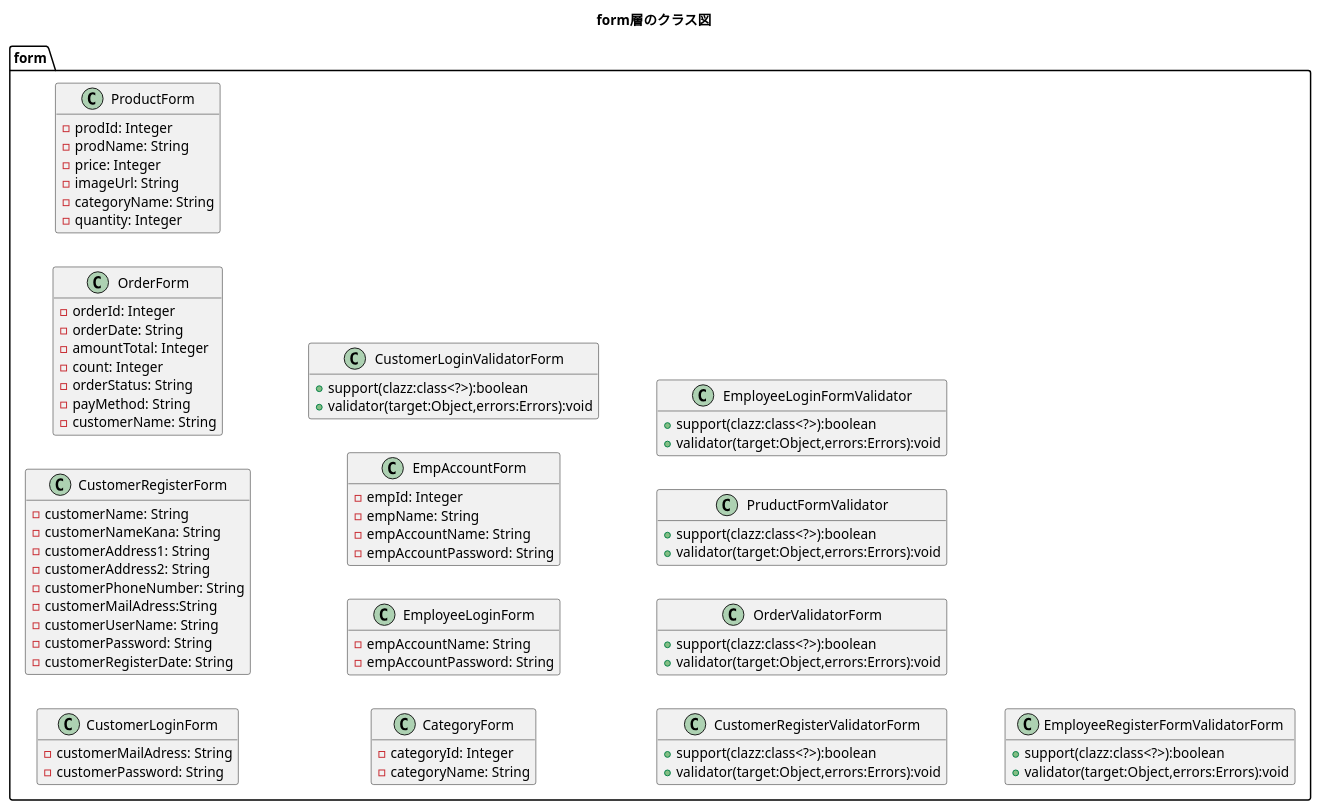
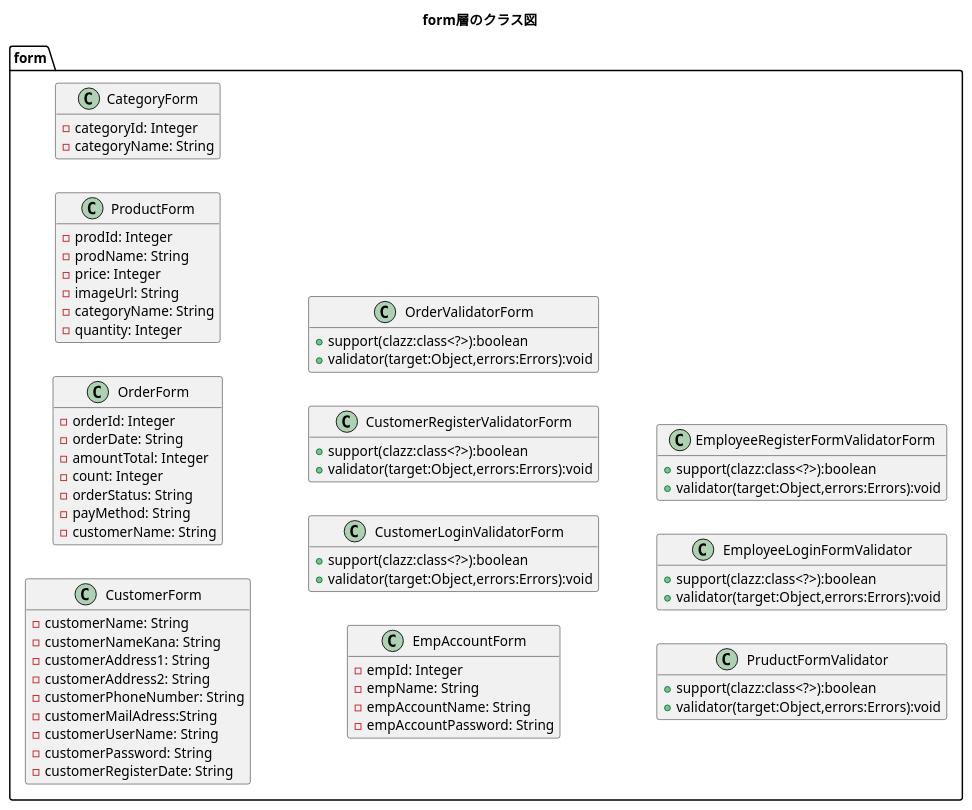
The diagram in plan/uml/class/form.plantuml (kanavii3333/ec-b), drawn with PlantUML before and after one commit. The commit also changed 11 other files, not shown here.

Commit message:
formのクラス図修正

```diff
--- a/plan/uml/class/form.plantuml
+++ b/plan/uml/class/form.plantuml
@@ -1,90 +1,82 @@
 @startuml
 title form層のクラス図
 hide empty members
 left to right direction
 
 package form{
-	class CustomerLoginForm{
-		-customerMailAdress: String
-		-customerPassword: String
-	}
 
-    class CustomerRegisterForm{
+    class CustomerForm{
         -customerName: String
         -customerNameKana: String
         -customerAddress1: String
         -customerAddress2: String
         -customerPhoneNumber: String
         -customerMailAdress:String
         -customerUserName: String
         -customerPassword: String
         -customerRegisterDate: String
     }
 
     class OrderForm{
         -orderId: Integer
         -orderDate: String
         -amountTotal: Integer
         -count: Integer
         -orderStatus: String
         -payMethod: String
         -customerName: String
     }
 
     class ProductForm{
         -prodId: Integer
         -prodName: String
         -price: Integer
         -imageUrl: String
         -categoryName: String
         -quantity: Integer
     }
     
     class CategoryForm{
         -categoryId: Integer
         -categoryName: String
     }
 	
-	class EmployeeLoginForm{
-		-empAccountName: String
-        -empAccountPassword: String
-	}
 	
 	class EmpAccountForm{
 		-empId: Integer
 		-empName: String
 		-empAccountName: String
         -empAccountPassword: String
 	}
     
     class CustomerLoginValidatorForm{
 		+support(clazz:class<?>):boolean
 		+validator(target:Object,errors:Errors):void
     }
 
     class CustomerRegisterValidatorForm{
 		+support(clazz:class<?>):boolean
 		+validator(target:Object,errors:Errors):void
     }
     
     class OrderValidatorForm{
 		+support(clazz:class<?>):boolean
 		+validator(target:Object,errors:Errors):void
     }
     
     class PruductFormValidator{
 		+support(clazz:class<?>):boolean
 		+validator(target:Object,errors:Errors):void
     }
     
     class EmployeeLoginFormValidator{
 		+support(clazz:class<?>):boolean
 		+validator(target:Object,errors:Errors):void
     }
 
     class EmployeeRegisterFormValidatorForm{
 		+support(clazz:class<?>):boolean
 		+validator(target:Object,errors:Errors):void
     }
 }
 @enduml
```
